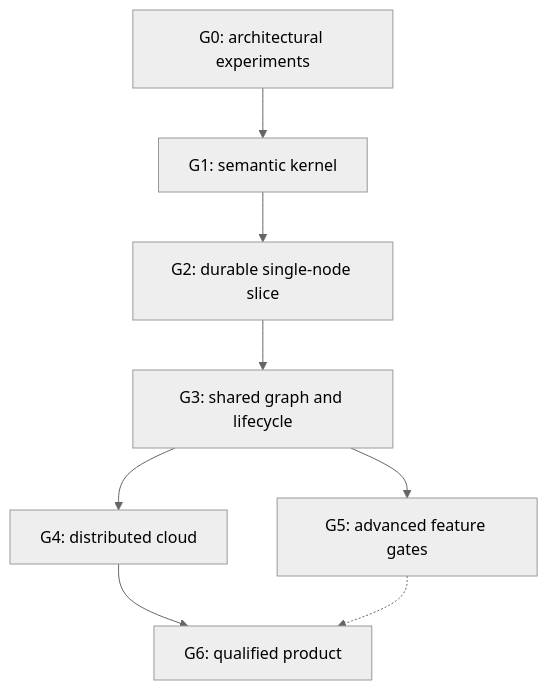
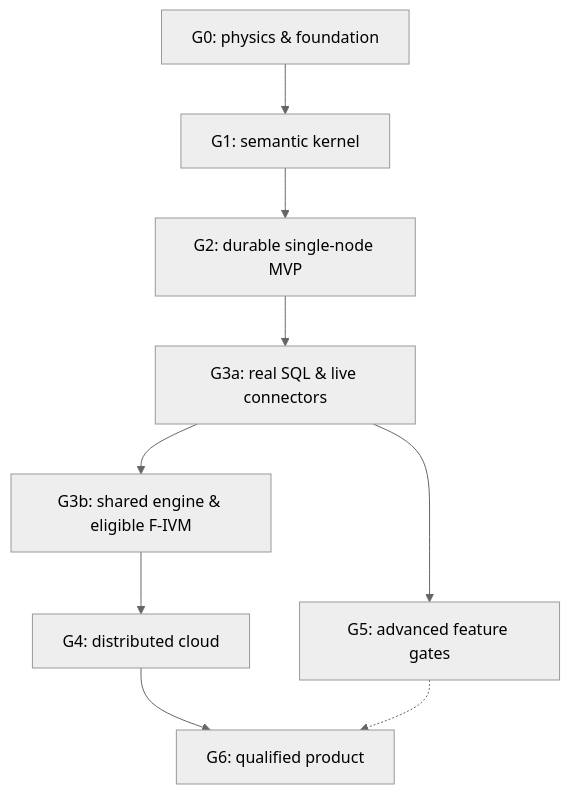
The diagram in docs/planning/implementation-plan.md (trickle-labs/rockstream2), drawn with Mermaid (neutral theme) before and after one commit. The commit also changed other lines of this file and 25 other files, not shown here.

Commit message:
docs: harden Rockstream 2 architecture, resolve contradictions, and split G3 into G3a/G3b

````diff
--- a/docs/planning/implementation-plan.md
+++ b/docs/planning/implementation-plan.md
@@ -13,10 +13,11 @@
 ```mermaid
 flowchart TB
-    G0["G0: architectural experiments"] --> G1["G1: semantic kernel"]
-    G1 --> G2["G2: durable single-node slice"]
-    G2 --> G3["G3: shared graph and lifecycle"]
-    G3 --> G4["G4: distributed cloud"]
+    G0["G0: physics & foundation"] --> G1["G1: semantic kernel"]
+    G1 --> G2["G2: durable single-node MVP"]
+    G2 --> G3a["G3a: real SQL & live connectors"]
+    G3a --> G3b["G3b: shared engine & eligible F-IVM"]
+    G3b --> G4["G4: distributed cloud"]
     G4 --> G6["G6: qualified product"]
-    G3 --> G5["G5: advanced feature gates"]
+    G3a --> G5["G5: advanced feature gates"]
     G5 -.-> G6
 ```
````
